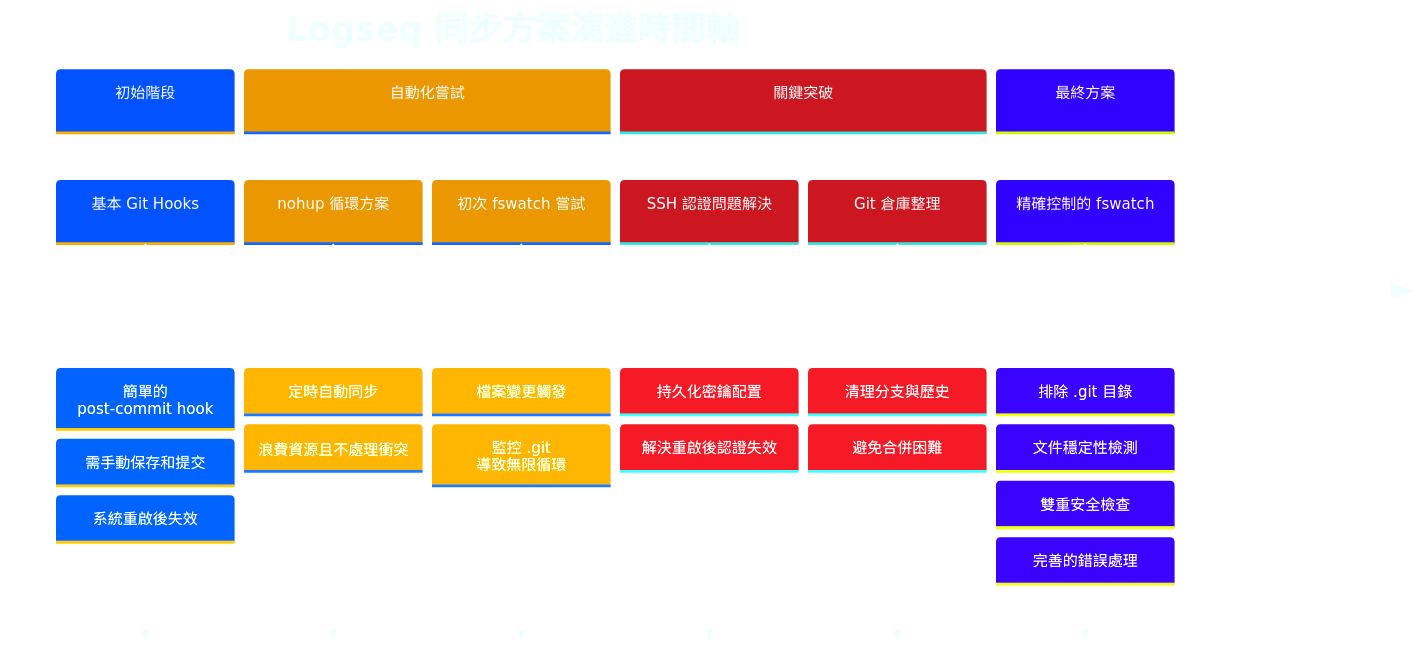
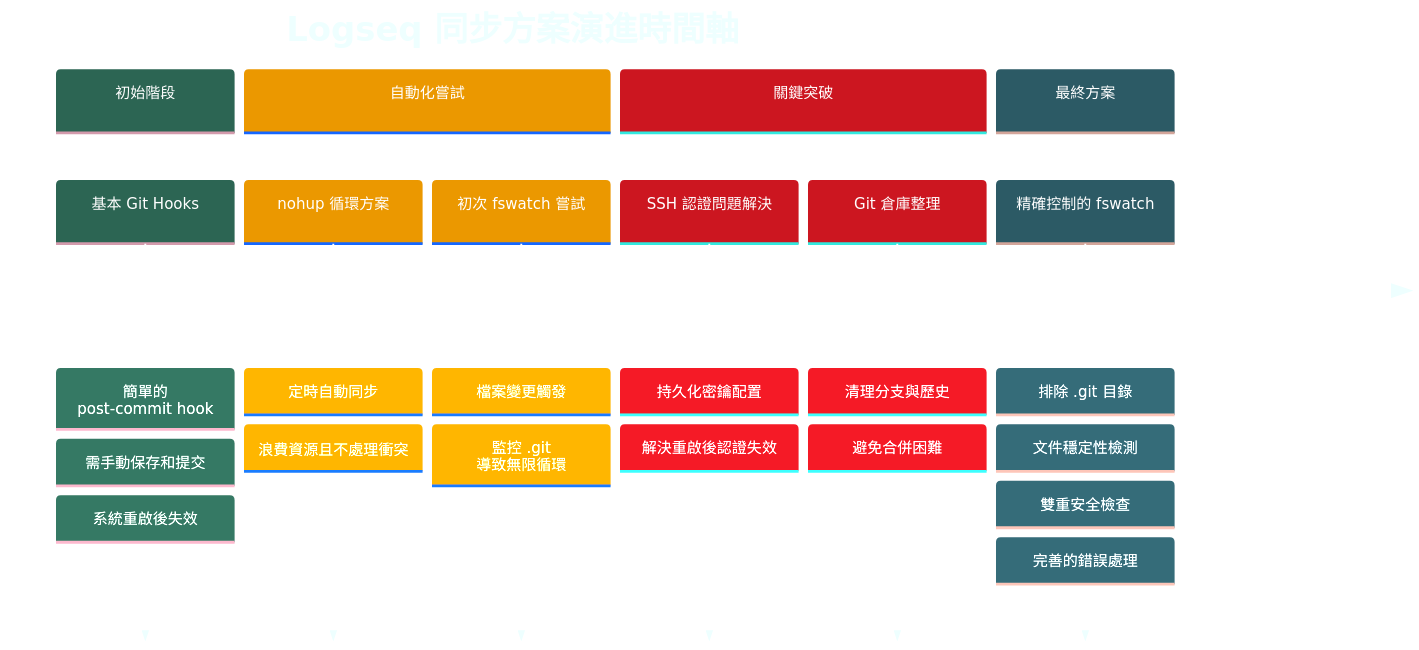
One commit to GengGeng026/Sync-Logseq changed the first of 2 diagrams in Logseq同步方案演進記錄.md. Above: the diagram before and after it, drawn with Mermaid.

Commit message:
Auto-sync: Wed Mar 26 08:12:24 +08 2025

````diff
--- a/Logseq同步方案演進記錄.md
+++ b/Logseq同步方案演進記錄.md
@@ -27,44 +27,44 @@
 ```mermaid
 %%{init: {
   'theme': 'base', 
   'themeVariables': {
-    'primaryColor': '#82AAFF',
+    'primaryColor': '#59B79A',
     'primaryTextColor': '#FFFFFF',
-    'primaryBorderColor': '#82AAFF',
+    'primaryBorderColor': '#59B79A',
     'lineColor': '#C792EA',
     'secondaryColor': '#FFCB6B',
     'tertiaryColor': '#F07178',
     'background': 'transparent',
     'textColor': '#EEFFFF',
     'nodeBorder': '#89DDFF',
     'clusterBkg': 'transparent',
     'titleColor': '#EEFFFF',
     'sectionBkgColor': '#273747',
     'sectionBkgColor2': '#334455',
     'sectionBkgColor3': '#3A4A5A',
     'sectionBkgColor4': '#42546A',
     'sectionBkgColor5': '#4B5E78'
   }
 }}%%
 timeline
     title Logseq 同步方案演進時間軸
     section 初始階段
         基本 Git Hooks : 簡單的 post-commit hook
         : 需手動保存和提交
         : 系統重啟後失效
     section 自動化嘗試
         nohup 循環方案 : 定時自動同步
         : 浪費資源且不處理衝突
         初次 fswatch 嘗試 : 檔案變更觸發
         : 監控 .git 導致無限循環
     section 關鍵突破
         SSH 認證問題解決 : 持久化密鑰配置
         : 解決重啟後認證失效
         Git 倉庫整理 : 清理分支與歷史
         : 避免合併困難
     section 最終方案
         精確控制的 fswatch : 排除 .git 目錄
         : 文件穩定性檢測
         : 雙重安全檢查
         : 完善的錯誤處理
 ```
````
